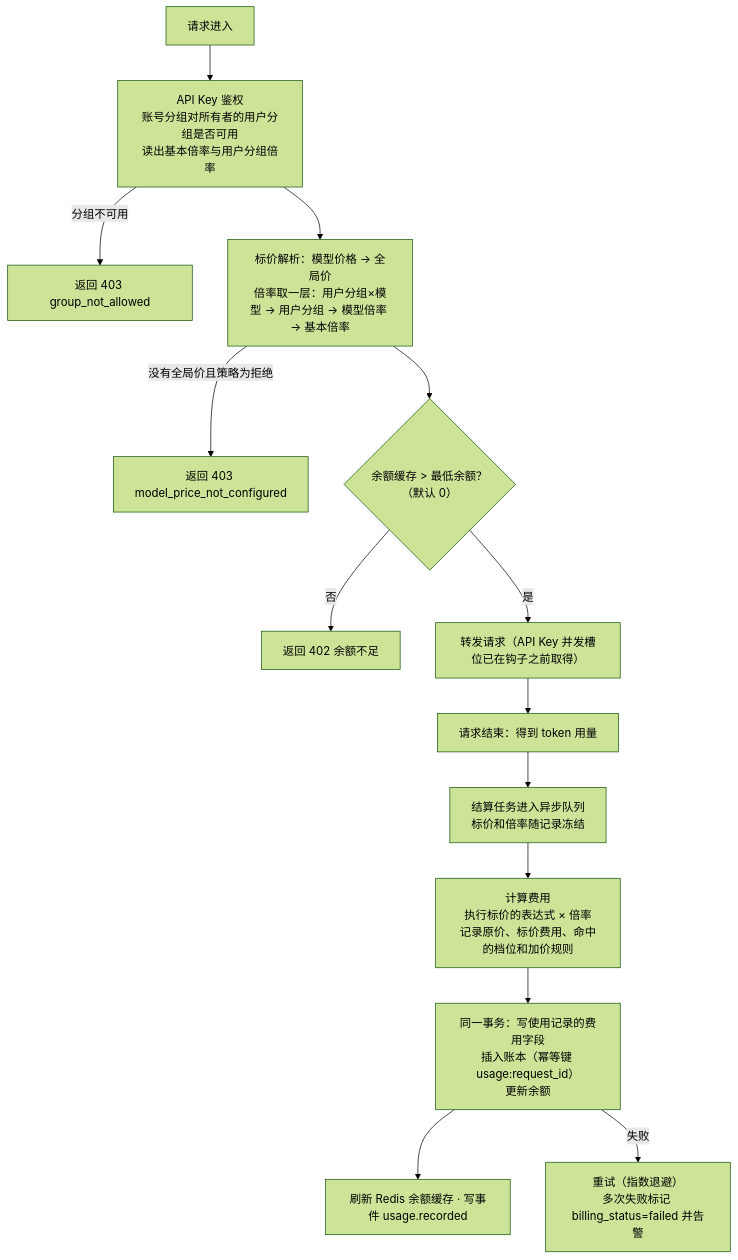
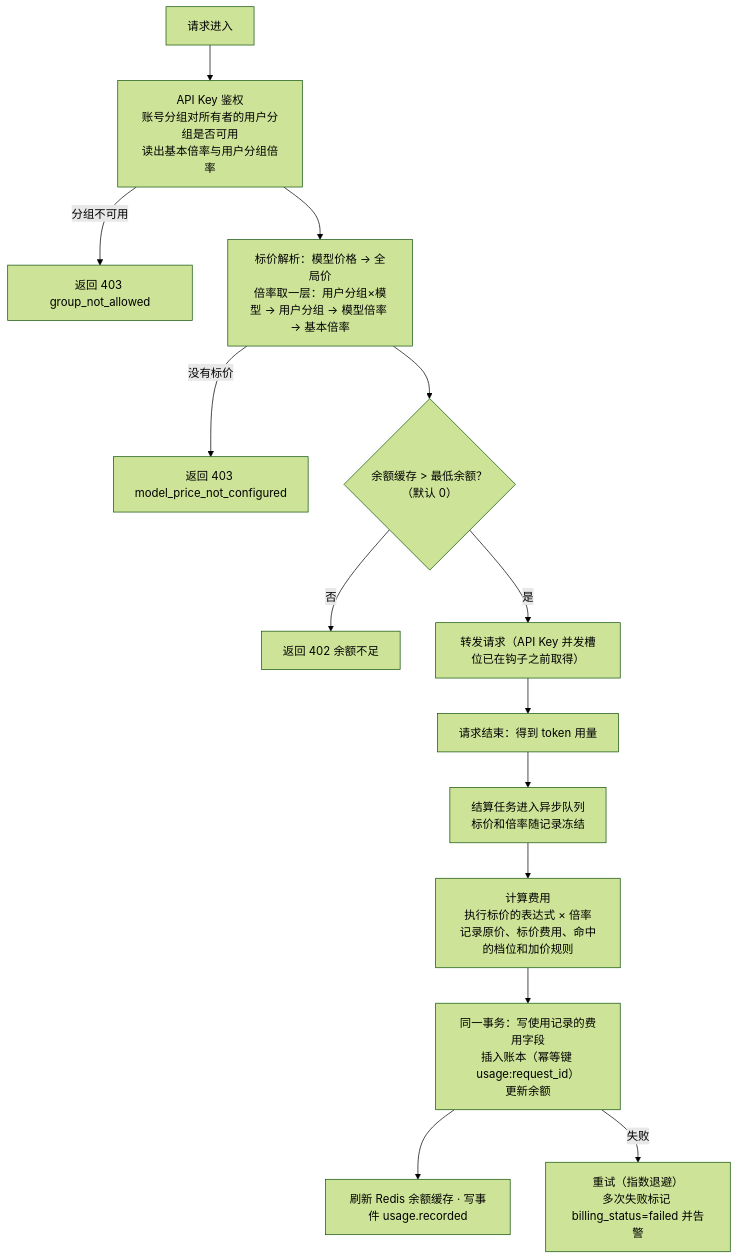
One commit to touwaeriol/sup2api changed the tenth of 18 diagrams in next/docs/ARCHITECTURE.md. Above: the diagram before and after it, drawn with Mermaid (forest theme). The commit also changed other lines of this file and 89 other files, not shown here.

````diff
--- a/next/docs/ARCHITECTURE.md
+++ b/next/docs/ARCHITECTURE.md
@@ -1165,16 +1165,16 @@
 ```mermaid
 flowchart TD
   a["请求进入"] --> k["API Key 鉴权<br/>账号分组对所有者的用户分组是否可用<br/>读出基本倍率与用户分组倍率"]
   k -- 分组不可用 --> y["返回 403 group_not_allowed"]
   k --> p["标价解析：模型价格 → 全局价<br/>倍率取一层：用户分组×模型 → 用户分组 → 模型倍率 → 基本倍率"]
-  p -- 没有全局价且策略为拒绝 --> z["返回 403 model_price_not_configured"]
+  p -- 没有标价 --> z["返回 403 model_price_not_configured"]
   p --> b{"余额缓存 > 最低余额？<br/>（默认 0）"}
   b -- 否 --> x["返回 402 余额不足"]
   b -- 是 --> c["转发请求（API Key 并发槽位已在钩子之前取得）"]
   c --> d["请求结束：得到 token 用量"]
   d --> e["结算任务进入异步队列<br/>标价和倍率随记录冻结"]
   e --> f["计算费用<br/>执行标价的表达式 × 倍率<br/>记录原价、标价费用、命中的档位和加价规则"]
   f --> g["同一事务：写使用记录的费用字段<br/>插入账本（幂等键 usage:request_id）<br/>更新余额"]
   g --> h["刷新 Redis 余额缓存 · 写事件 usage.recorded"]
   g -- 失败 --> r["重试（指数退避）<br/>多次失败标记 billing_status=failed 并告警"]
 ```
````
